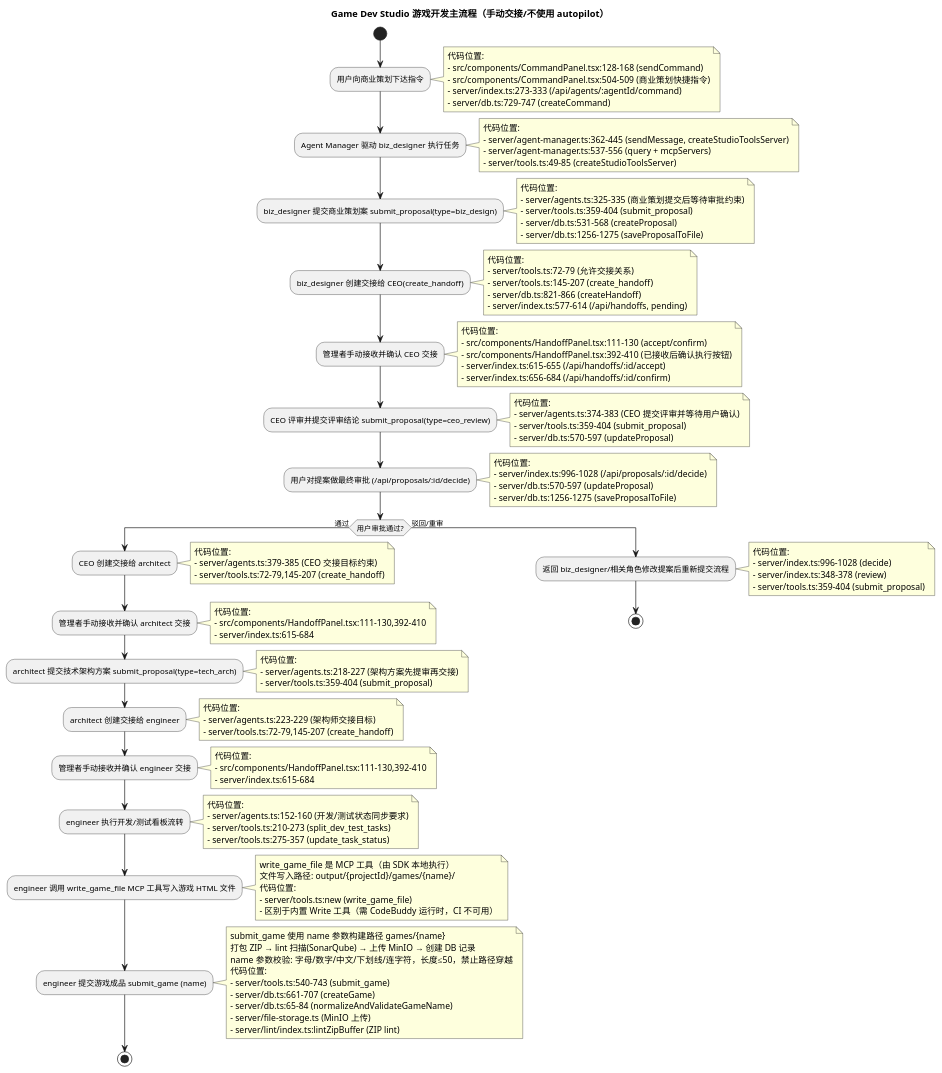
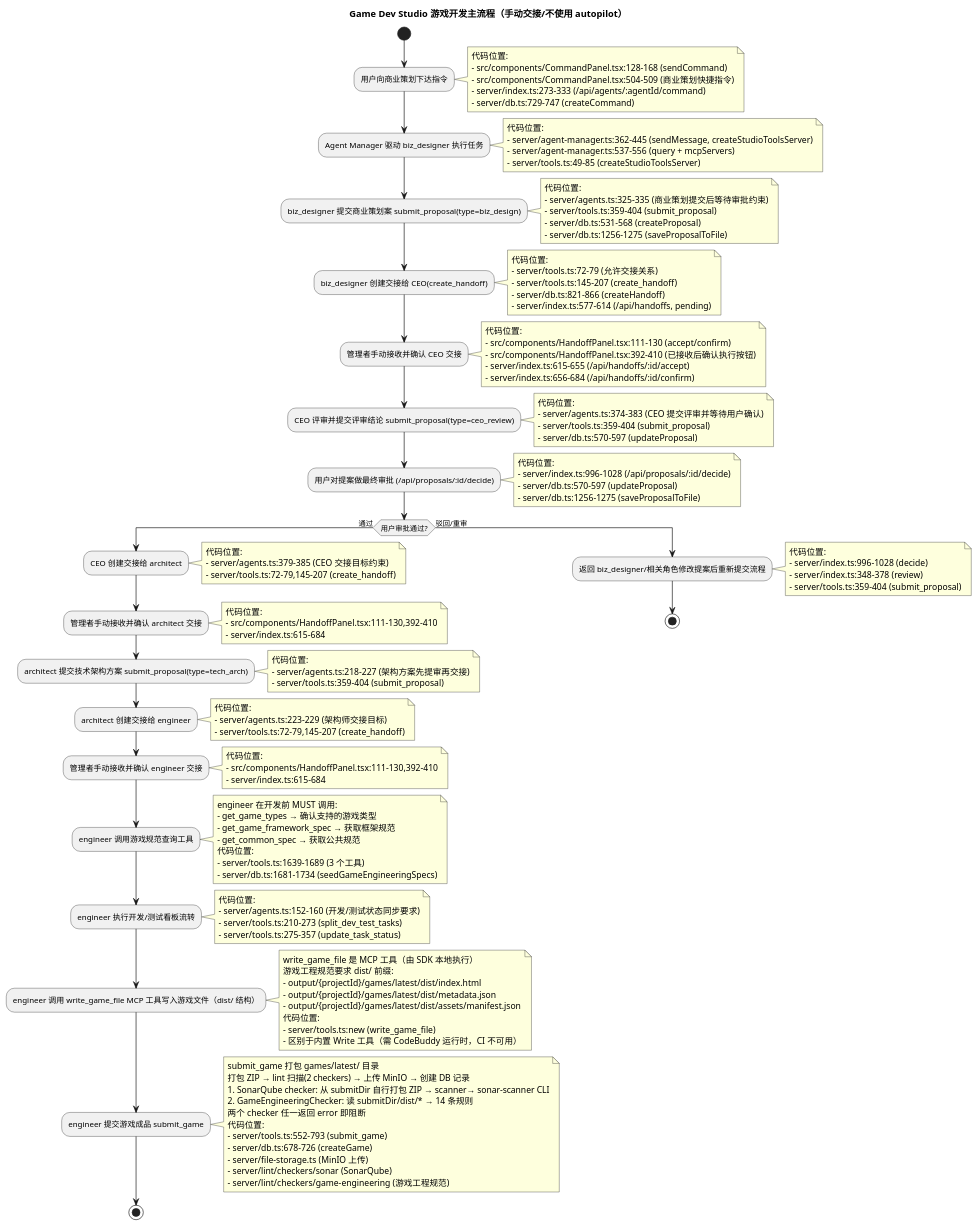
Before and after one commit to luoxiaojun1992/game-studio: the diagram in .agent/diagrams/game-dev-main-flow-manual-handoff.puml, drawn with PlantUML. The commit also changed 43 other files, not shown here.

First line of the commit message:
refine(game-framework-spec): update 4 spec docs per review findings (#100)

```diff
--- a/.agent/diagrams/game-dev-main-flow-manual-handoff.puml
+++ b/.agent/diagrams/game-dev-main-flow-manual-handoff.puml
@@ -1,144 +1,160 @@
 @startuml
 title Game Dev Studio 游戏开发主流程（手动交接/不使用 autopilot）
 
 start
 
 :用户向商业策划下达指令;
 note right
   代码位置:
   - src/components/CommandPanel.tsx:128-168 (sendCommand)
   - src/components/CommandPanel.tsx:504-509 (商业策划快捷指令)
   - server/index.ts:273-333 (/api/agents/:agentId/command)
   - server/db.ts:729-747 (createCommand)
 end note
 
 :Agent Manager 驱动 biz_designer 执行任务;
 note right
   代码位置:
   - server/agent-manager.ts:362-445 (sendMessage, createStudioToolsServer)
   - server/agent-manager.ts:537-556 (query + mcpServers)
   - server/tools.ts:49-85 (createStudioToolsServer)
 end note
 
 :biz_designer 提交商业策划案 submit_proposal(type=biz_design);
 note right
   代码位置:
   - server/agents.ts:325-335 (商业策划提交后等待审批约束)
   - server/tools.ts:359-404 (submit_proposal)
   - server/db.ts:531-568 (createProposal)
   - server/db.ts:1256-1275 (saveProposalToFile)
 end note
 
 :biz_designer 创建交接给 CEO(create_handoff);
 note right
   代码位置:
   - server/tools.ts:72-79 (允许交接关系)
   - server/tools.ts:145-207 (create_handoff)
   - server/db.ts:821-866 (createHandoff)
   - server/index.ts:577-614 (/api/handoffs, pending)
 end note
 
 :管理者手动接收并确认 CEO 交接;
 note right
   代码位置:
   - src/components/HandoffPanel.tsx:111-130 (accept/confirm)
   - src/components/HandoffPanel.tsx:392-410 (已接收后确认执行按钮)
   - server/index.ts:615-655 (/api/handoffs/:id/accept)
   - server/index.ts:656-684 (/api/handoffs/:id/confirm)
 end note
 
 :CEO 评审并提交评审结论 submit_proposal(type=ceo_review);
 note right
   代码位置:
   - server/agents.ts:374-383 (CEO 提交评审并等待用户确认)
   - server/tools.ts:359-404 (submit_proposal)
   - server/db.ts:570-597 (updateProposal)
 end note
 
 :用户对提案做最终审批 (/api/proposals/:id/decide);
 note right
   代码位置:
   - server/index.ts:996-1028 (/api/proposals/:id/decide)
   - server/db.ts:570-597 (updateProposal)
   - server/db.ts:1256-1275 (saveProposalToFile)
 end note
 
 if (用户审批通过?) then (通过)
   :CEO 创建交接给 architect;
   note right
     代码位置:
     - server/agents.ts:379-385 (CEO 交接目标约束)
     - server/tools.ts:72-79,145-207 (create_handoff)
   end note
 
   :管理者手动接收并确认 architect 交接;
   note right
     代码位置:
     - src/components/HandoffPanel.tsx:111-130,392-410
     - server/index.ts:615-684
   end note
 
   :architect 提交技术架构方案 submit_proposal(type=tech_arch);
   note right
     代码位置:
     - server/agents.ts:218-227 (架构方案先提审再交接)
     - server/tools.ts:359-404 (submit_proposal)
   end note
 
   :architect 创建交接给 engineer;
   note right
     代码位置:
     - server/agents.ts:223-229 (架构师交接目标)
     - server/tools.ts:72-79,145-207 (create_handoff)
   end note
 
   :管理者手动接收并确认 engineer 交接;
   note right
     代码位置:
     - src/components/HandoffPanel.tsx:111-130,392-410
     - server/index.ts:615-684
   end note
 
+  :engineer 调用游戏规范查询工具;
+  note right
+    engineer 在开发前 MUST 调用:
+    - get_game_types → 确认支持的游戏类型
+    - get_game_framework_spec → 获取框架规范
+    - get_common_spec → 获取公共规范
+    代码位置:
+    - server/tools.ts:1639-1689 (3 个工具)
+    - server/db.ts:1681-1734 (seedGameEngineeringSpecs)
+  end note
+
   :engineer 执行开发/测试看板流转;
   note right
     代码位置:
     - server/agents.ts:152-160 (开发/测试状态同步要求)
     - server/tools.ts:210-273 (split_dev_test_tasks)
     - server/tools.ts:275-357 (update_task_status)
   end note
 
-  :engineer 调用 write_game_file MCP 工具写入游戏 HTML 文件;
+  :engineer 调用 write_game_file MCP 工具写入游戏文件（dist/ 结构）;
   note right
     write_game_file 是 MCP 工具（由 SDK 本地执行）
-    文件写入路径: output/{projectId}/games/{name}/
+    游戏工程规范要求 dist/ 前缀:
+    - output/{projectId}/games/latest/dist/index.html
+    - output/{projectId}/games/latest/dist/metadata.json
+    - output/{projectId}/games/latest/dist/assets/manifest.json
     代码位置:
     - server/tools.ts:new (write_game_file)
     - 区别于内置 Write 工具（需 CodeBuddy 运行时，CI 不可用）
   end note
 
-  :engineer 提交游戏成品 submit_game (name);
+  :engineer 提交游戏成品 submit_game;
   note right
-    submit_game 使用 name 参数构建路径 games/{name}
-    打包 ZIP → lint 扫描(SonarQube) → 上传 MinIO → 创建 DB 记录
-    name 参数校验: 字母/数字/中文/下划线/连字符，长度≤50，禁止路径穿越
+    submit_game 打包 games/latest/ 目录
+    打包 ZIP → lint 扫描(2 checkers) → 上传 MinIO → 创建 DB 记录
+    1. SonarQube checker: 从 submitDir 自行打包 ZIP → scanner→ sonar-scanner CLI
+    2. GameEngineeringChecker: 读 submitDir/dist/* → 14 条规则
+    两个 checker 任一返回 error 即阻断
     代码位置:
-    - server/tools.ts:540-743 (submit_game)
-    - server/db.ts:661-707 (createGame)
-    - server/db.ts:65-84 (normalizeAndValidateGameName)
+    - server/tools.ts:552-793 (submit_game)
+    - server/db.ts:678-726 (createGame)
     - server/file-storage.ts (MinIO 上传)
-    - server/lint/index.ts:lintZipBuffer (ZIP lint)
+    - server/lint/checkers/sonar (SonarQube)
+    - server/lint/checkers/game-engineering (游戏工程规范)
   end note
 
   stop
 else (驳回/重审)
   :返回 biz_designer/相关角色修改提案后重新提交流程;
   note right
     代码位置:
     - server/index.ts:996-1028 (decide)
     - server/index.ts:348-378 (review)
     - server/tools.ts:359-404 (submit_proposal)
   end note
   stop
 endif
 
 @enduml
```
